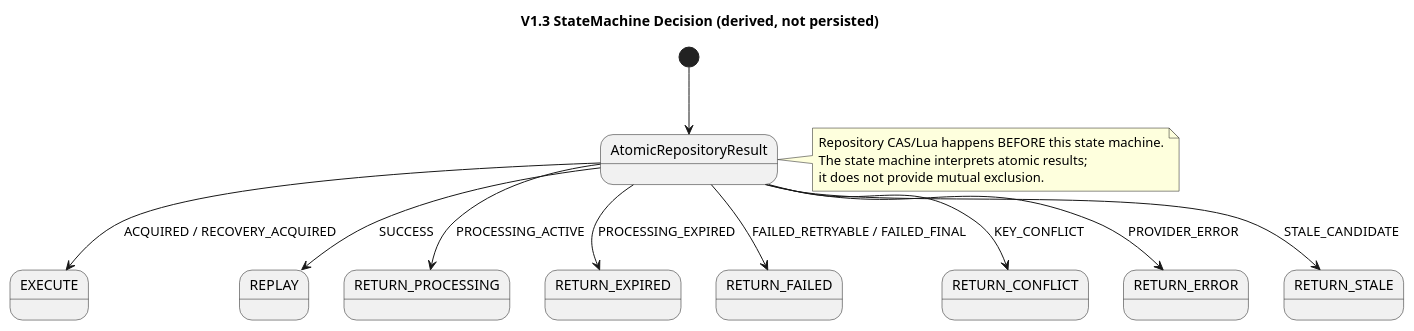
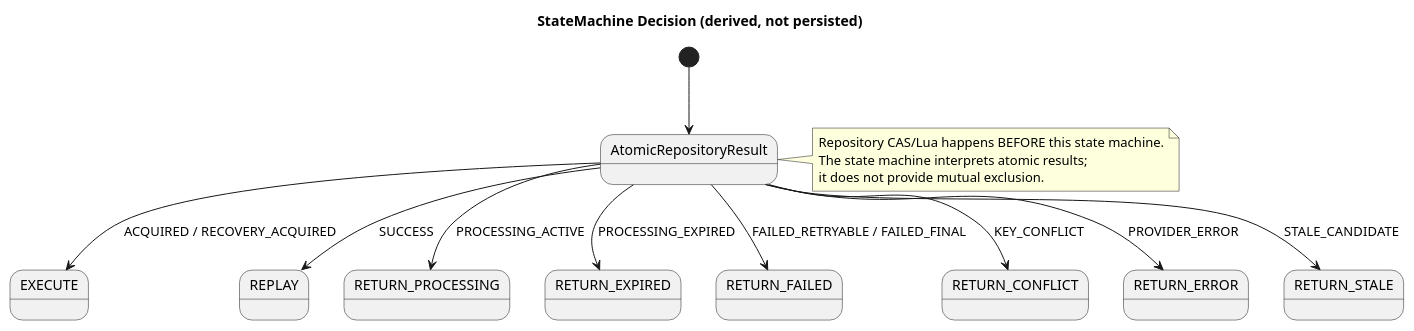
Before and after one commit to pbxjtumse/cola-web-standard: the diagram in component/idempotent-component/docs/diagrams/state/L1-decision-state.puml, drawn with PlantUML. The commit also changed 47 other files, not shown here.

```diff
--- a/component/idempotent-component/docs/diagrams/state/L1-decision-state.puml
+++ b/component/idempotent-component/docs/diagrams/state/L1-decision-state.puml
@@ -1,20 +1,20 @@
 @startuml
-title V1.3 StateMachine Decision (derived, not persisted)
+title StateMachine Decision (derived, not persisted)
 
 [*] --> AtomicRepositoryResult
 
 AtomicRepositoryResult --> EXECUTE : ACQUIRED / RECOVERY_ACQUIRED
 AtomicRepositoryResult --> REPLAY : SUCCESS
 AtomicRepositoryResult --> RETURN_PROCESSING : PROCESSING_ACTIVE
 AtomicRepositoryResult --> RETURN_EXPIRED : PROCESSING_EXPIRED
 AtomicRepositoryResult --> RETURN_FAILED : FAILED_RETRYABLE / FAILED_FINAL
 AtomicRepositoryResult --> RETURN_CONFLICT : KEY_CONFLICT
 AtomicRepositoryResult --> RETURN_ERROR : PROVIDER_ERROR
 AtomicRepositoryResult --> RETURN_STALE : STALE_CANDIDATE
 
 note right of AtomicRepositoryResult
 Repository CAS/Lua happens BEFORE this state machine.
 The state machine interprets atomic results;
 it does not provide mutual exclusion.
 end note
 @enduml
```
